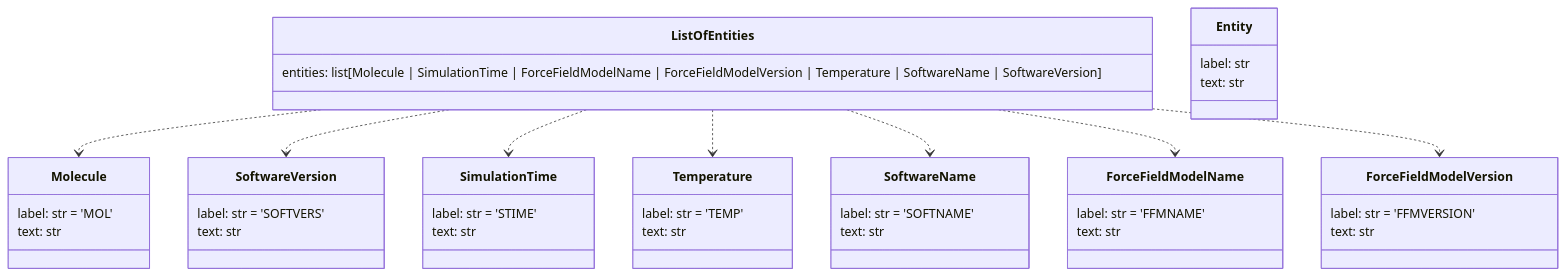
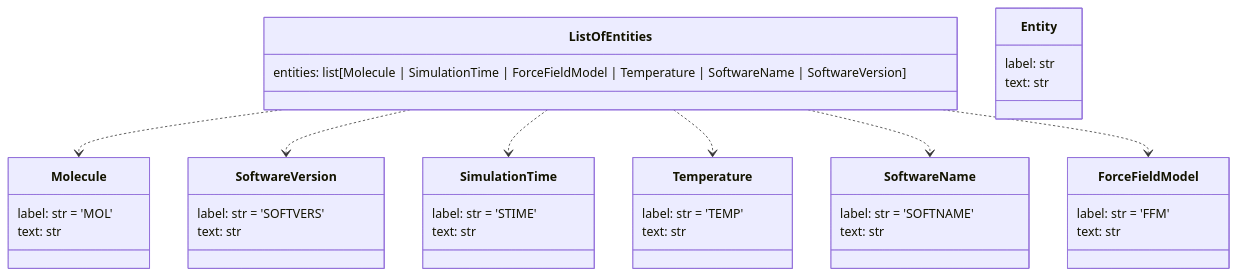
Before and after one commit to MDverse/mdner_llm: the diagram in README.md, drawn with Mermaid. The commit also changed other lines of this file, not shown here.

Commit message:
refactor: update entity classes in mermaid diagram and improve usage instructions in README

````diff
--- a/README.md
+++ b/README.md
@@ -18,54 +18,48 @@
 ```mermaid
 classDiagram
     class ListOfEntities {
-        entities: list[Molecule | SimulationTime | ForceFieldModelName | ForceFieldModelVersion | Temperature | SoftwareName | SoftwareVersion]
+        entities: list[Molecule | SimulationTime | ForceFieldModel | Temperature | SoftwareName | SoftwareVersion]
     }
 
     class SoftwareVersion {
         label: str = 'SOFTVERS'
         text: str
     }
 
     class Temperature {
         label: str = 'TEMP'
         text: str
     }
 
     class SimulationTime {
         label: str = 'STIME'
         text: str
     }
 
     class Molecule {
         label: str = 'MOL'
         text: str
     }
 
     class SoftwareName {
         label: str = 'SOFTNAME'
         text: str
     }
 
-    class ForceFieldModelName {
-        label: str = 'FFMNAME'
-        text: str
-    }
-
-    class ForceFieldModelVersion {
-        label: str = 'FFMVERSION'
+    class ForceFieldModel {
+        label: str = 'FFM'
         text: str
     }
 
     class Entity {
         label: str
         text: str
     }
 
     ListOfEntities ..> Molecule
     ListOfEntities ..> SoftwareVersion
     ListOfEntities ..> SimulationTime
     ListOfEntities ..> Temperature
     ListOfEntities ..> SoftwareName
-    ListOfEntities ..> ForceFieldModelName
-    ListOfEntities ..> ForceFieldModelVersion
+    ListOfEntities ..> ForceFieldModel
 ```
````
